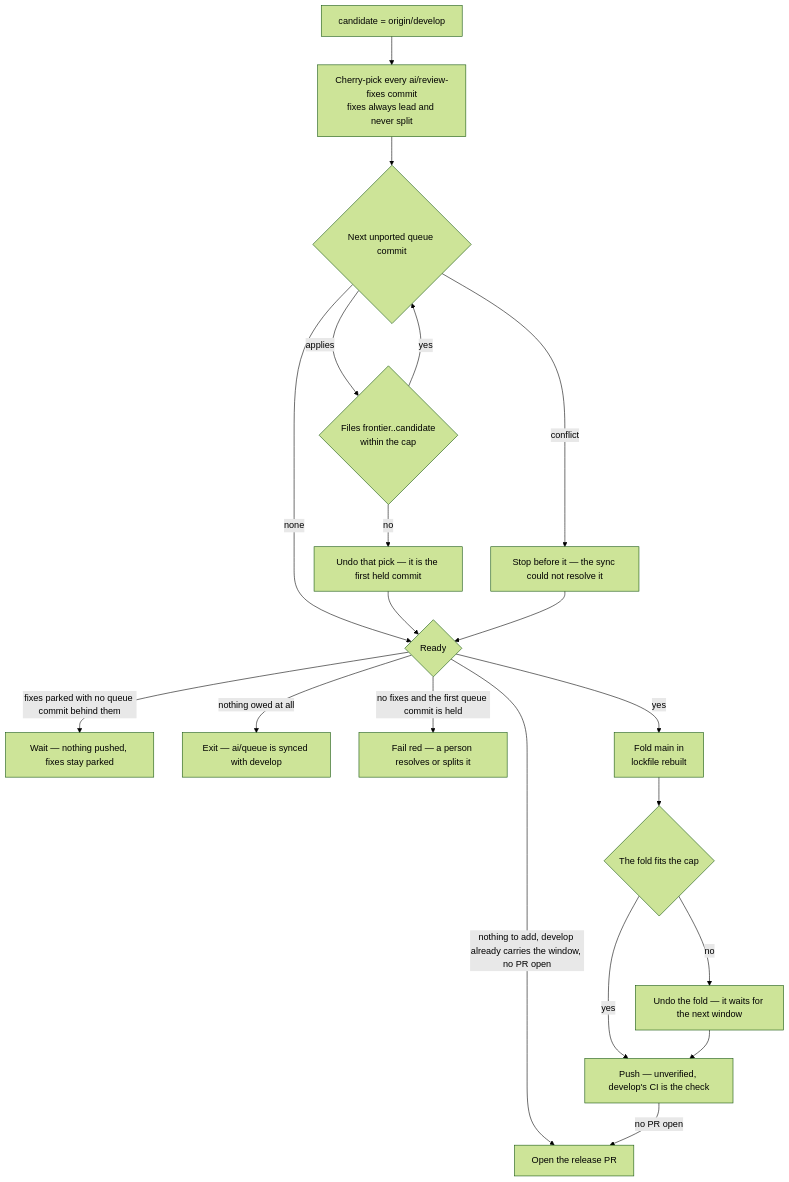
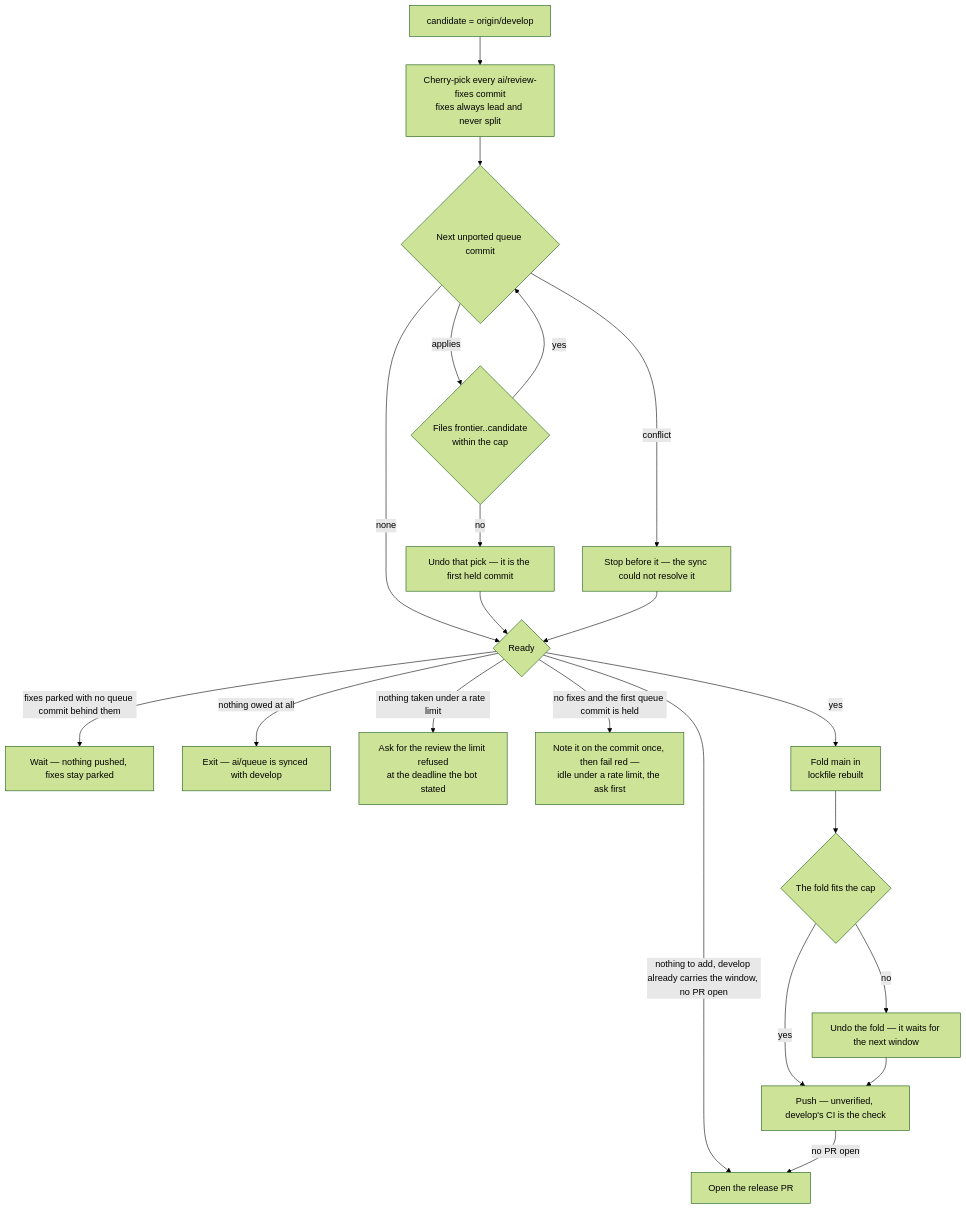
Before and after one commit to Esposter/Esposter: the fourth of 4 diagrams in apps/web/content/docs/infra/review-collector/collection-cycle.md, drawn with Mermaid (forest theme). The commit also changed other lines of this file and 9 other files, not shown here.

First line of the commit message:
fix(coderabbit): a held first commit and a clean review rated above the least risk are each told once where a person reads

````diff
--- a/apps/web/content/docs/infra/review-collector/collection-cycle.md
+++ b/apps/web/content/docs/infra/review-collector/collection-cycle.md
@@ -106,20 +106,21 @@
 ```mermaid
 flowchart TD
   C[candidate = origin/develop] --> FX[Cherry-pick every ai/review-fixes commit<br/>fixes always lead and never split]
   FX --> Q{Next unported queue commit}
   Q -->|none| RD
   Q -->|conflict| H[Stop before it — the sync could not resolve it]
   Q -->|applies| M{Files frontier..candidate<br/>within the cap}
   M -->|yes| Q
   M -->|no| U[Undo that pick — it is the first held commit]
   U --> RD
   H --> RD{Ready}
   RD -->|fixes parked with no queue commit behind them| W[Wait — nothing pushed, fixes stay parked]
   RD -->|nothing owed at all| N[Exit — ai/queue is synced with develop]
-  RD -->|no fixes and the first queue commit is held| F[Fail red — a person resolves or splits it]
+  RD -->|nothing taken under a rate limit| AK[Ask for the review the limit refused<br/>at the deadline the bot stated]
+  RD -->|no fixes and the first queue commit is held| F[Note it on the commit once, then fail red —<br/>idle under a rate limit, the ask first]
   RD -->|nothing to add, develop already carries the window, no PR open| OP[Open the release PR]
   RD -->|yes| FM[Fold main in<br/>lockfile rebuilt] --> FC{The fold fits the cap}
   FC -->|yes| P[Push — unverified, develop's CI is the check]
   FC -->|no| UF[Undo the fold — it waits for the next window] --> P
   P -->|no PR open| OP
 ```
````
